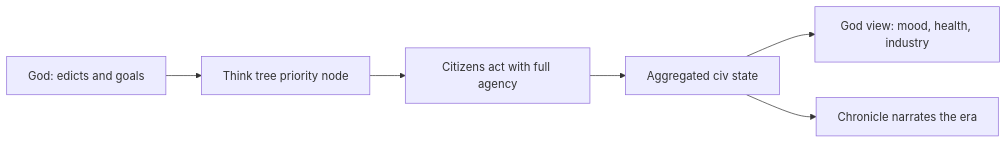
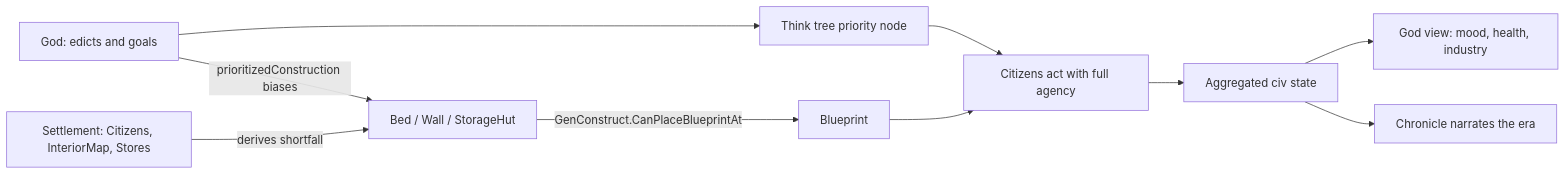
One commit to m2windham/simWorld changed diagram 13 of 14 in docs/spec/simworld-spec.md. Above: the diagram before and after it, drawn with Mermaid. The commit also changed other lines of this file and 27 other files, not shown here.

````diff
--- a/docs/spec/simworld-spec.md
+++ b/docs/spec/simworld-spec.md
@@ -1330,8 +1454,13 @@
 ```mermaid
 flowchart LR
   God[God: edicts and goals] --> Think[Think tree priority node]
   Think --> Citizens[Citizens act with full agency]
   Citizens --> Rollup[Aggregated civ state]
   Rollup --> GodView[God view: mood, health, industry]
   Rollup --> Chronicle[Chronicle narrates the era]
+
+  Settlement[Settlement: Citizens, InteriorMap, Stores] -->|derives shortfall| Needs[Bed / Wall / StorageHut]
+  God -->|prioritizedConstruction biases| Needs
+  Needs -->|GenConstruct.CanPlaceBlueprintAt| SettlementBlueprint[Blueprint]
+  SettlementBlueprint --> Citizens
 ```
````
